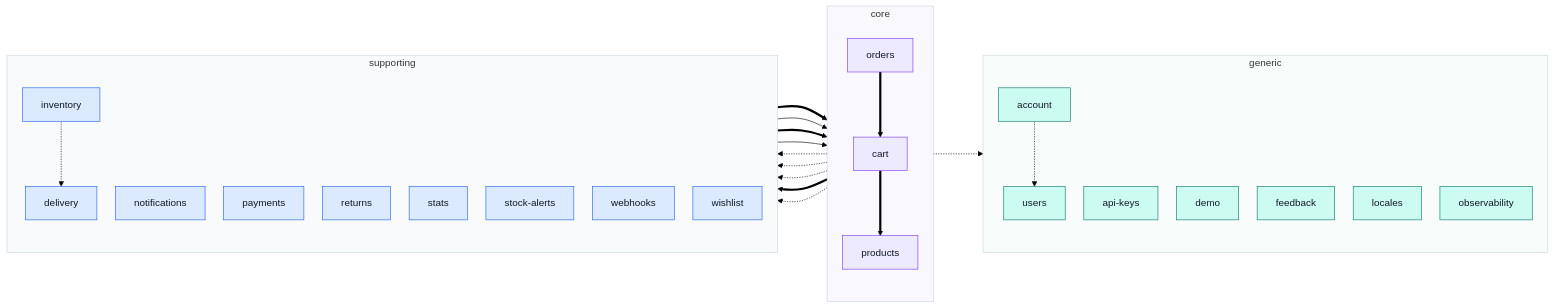
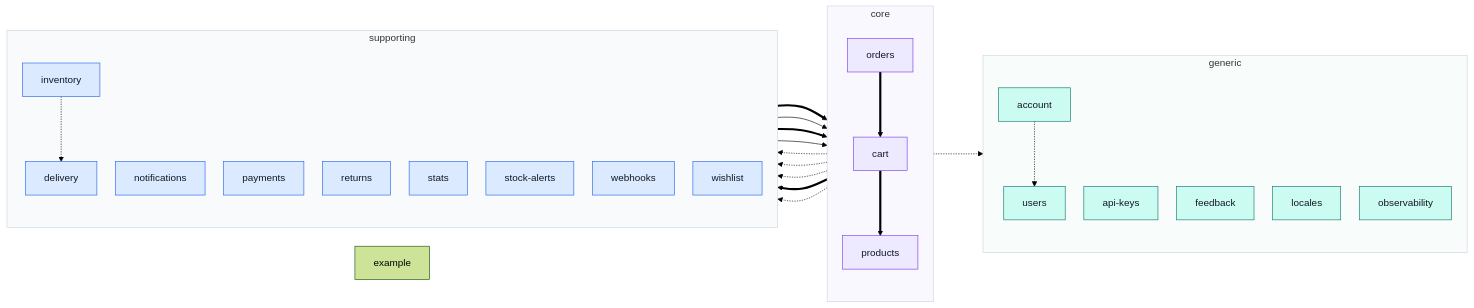
The diagram in docs/modules/index.md (Guebbit/boilerplate-vue-frontend), drawn with Mermaid (forest theme) before and after one commit. The commit also changed other lines of this file and 8 other files, not shown here.

Commit message:
refactor(locales): the delete sequencer leaves domain/; example is unclassified

````diff
--- a/docs/modules/index.md
+++ b/docs/modules/index.md
@@ -34,56 +34,56 @@
 ```mermaid
 %%{init: {'flowchart': {'nodeSpacing': 30, 'rankSpacing': 80}}}%%
 flowchart LR
     subgraph CORE["core"]
         direction TB
         cart["cart"]
         orders["orders"]
         products["products"]
     end
     subgraph SUPPORTING["supporting"]
         direction TB
         delivery["delivery"]
         inventory["inventory"]
         notifications["notifications"]
         payments["payments"]
         returns["returns"]
         stats["stats"]
         stockAlerts["stock-alerts"]
         webhooks["webhooks"]
         wishlist["wishlist"]
     end
     subgraph GENERIC["generic"]
         direction TB
         account["account"]
         apiKeys["api-keys"]
-        demo["demo"]
         feedback["feedback"]
         locales["locales"]
         observability["observability"]
         users["users"]
     end
+    demo["example"]
     account -.-> users
     cart -.-> account
     cart -.-> delivery
     cart -.-> payments
     cart ==> products
     inventory ==> products
     inventory -.-> delivery
     orders ==> cart
     orders -.-> delivery
     orders ==> payments
     orders -.-> returns
     stockAlerts --> products
     wishlist ==> cart
     wishlist --> products
 
     classDef core fill:#ede9fe,stroke:#7c3aed,color:#111827;
     classDef supporting fill:#dbeafe,stroke:#2563eb,color:#111827;
     classDef generic fill:#ccfbf1,stroke:#0f766e,color:#111827;
     class cart,orders,products core;
     class delivery,inventory,notifications,payments,returns,stats,stockAlerts,webhooks,wishlist supporting;
-    class account,apiKeys,demo,feedback,locales,observability,users generic;
+    class account,apiKeys,feedback,locales,observability,users generic;
     style CORE fill:#faf8ff,stroke:#cbd5e1
     style SUPPORTING fill:#f8fafc,stroke:#cbd5e1
     style GENERIC fill:#f8fdfc,stroke:#cbd5e1
 ```
````
